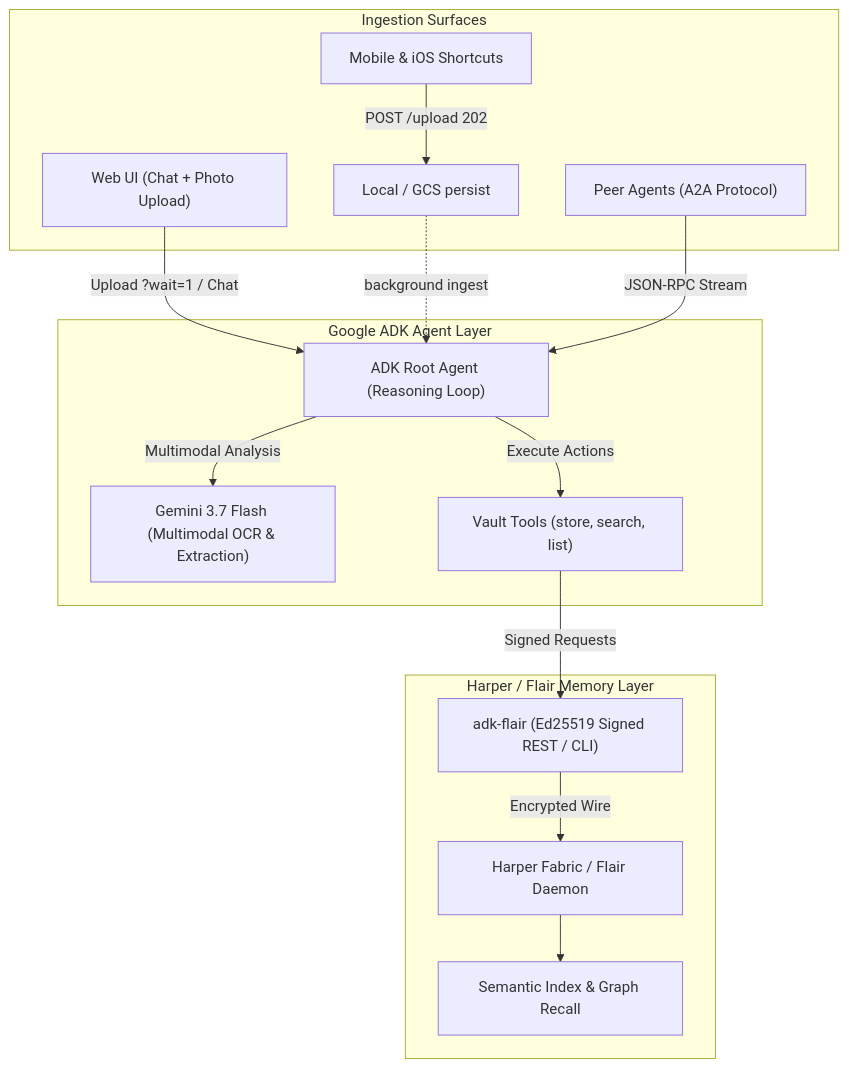
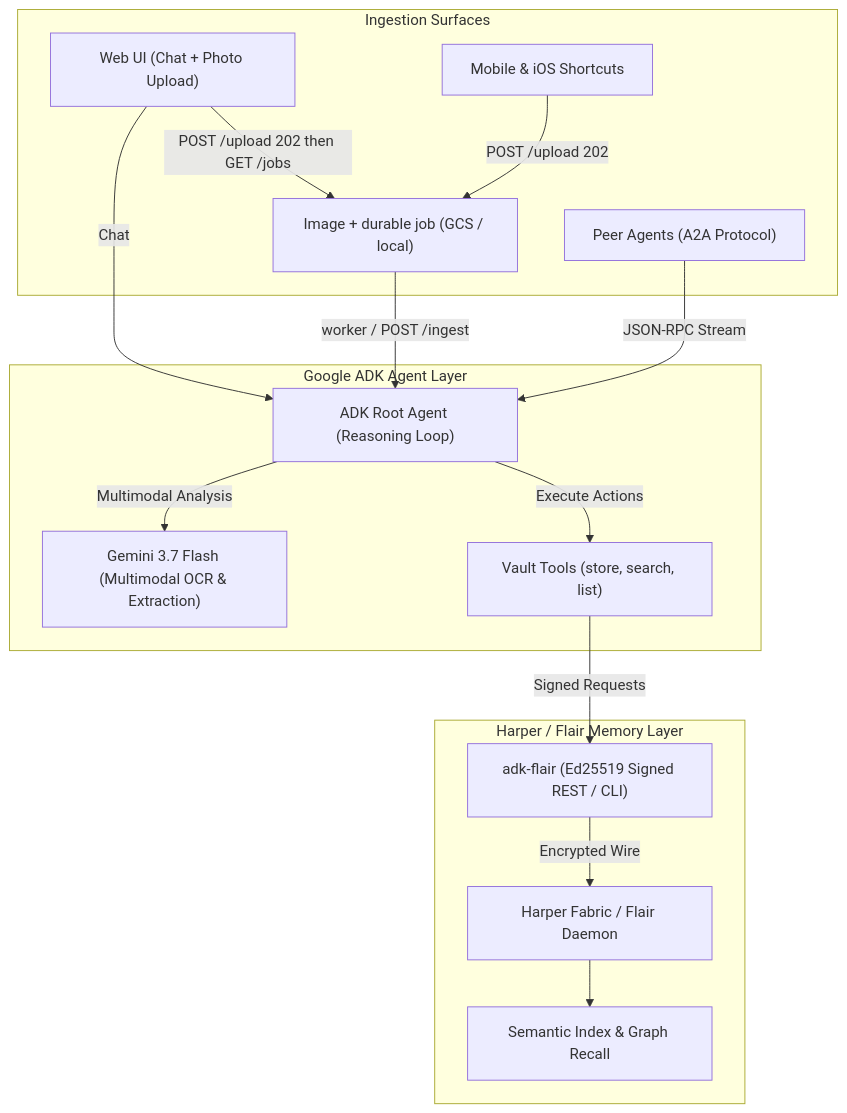
The diagram in README.md (heskew/visual-memory-vault), drawn with Mermaid before and after one commit. The commit also changed other lines of this file and 7 other files, not shown here.

First line of the commit message:
refactor: persist-and-enqueue 202 with durable job polling

````diff
--- a/README.md
+++ b/README.md
@@ -39,32 +39,33 @@
 ```mermaid
 flowchart TD
     subgraph Capture["Ingestion Surfaces"]
         Web["Web UI (Chat + Photo Upload)"]
         iOS["Mobile & iOS Shortcuts"]
-        Persist["Local / GCS persist"]
+        Persist["Image + durable job (GCS / local)"]
         A2A["Peer Agents (A2A Protocol)"]
     end
 
     subgraph ADK["Google ADK Agent Layer"]
         Gemini["Gemini 3.7 Flash (Multimodal OCR & Extraction)"]
         Agent["ADK Root Agent (Reasoning Loop)"]
         Tools["Vault Tools (store, search, list)"]
     end
 
     subgraph Harper["Harper / Flair Memory Layer"]
         Adapter["adk-flair (Ed25519 Signed REST / CLI)"]
         Daemon["Harper Fabric / Flair Daemon"]
         Vector["Semantic Index & Graph Recall"]
     end
 
-    Web -->|Upload ?wait=1 / Chat| Agent
+    Web -->|POST /upload 202 then GET /jobs| Persist
+    Web -->|Chat| Agent
     iOS -->|POST /upload 202| Persist
-    Persist -.->|background ingest| Agent
+    Persist -->|worker / POST /ingest| Agent
     A2A -->|JSON-RPC Stream| Agent
 
     Agent -->|Multimodal Analysis| Gemini
     Agent -->|Execute Actions| Tools
     Tools -->|Signed Requests| Adapter
     Adapter -->|Encrypted Wire| Daemon
     Daemon --> Vector
 ```
````
